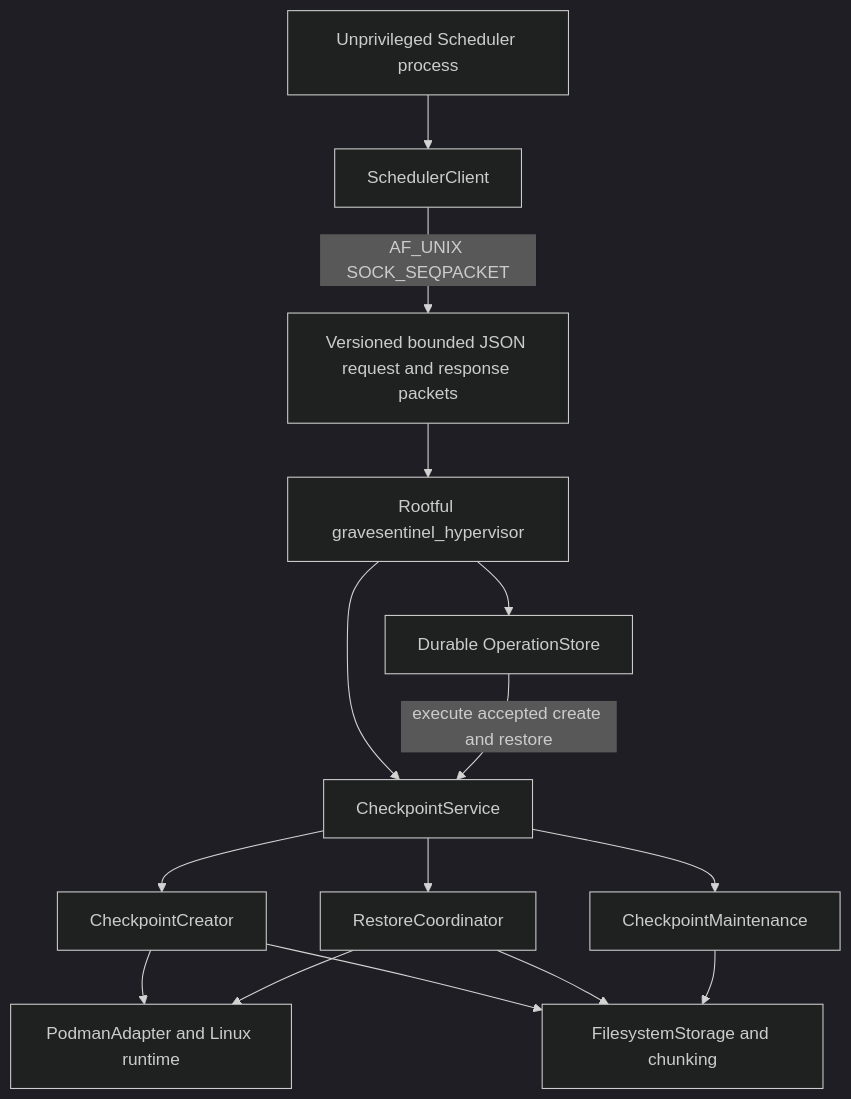
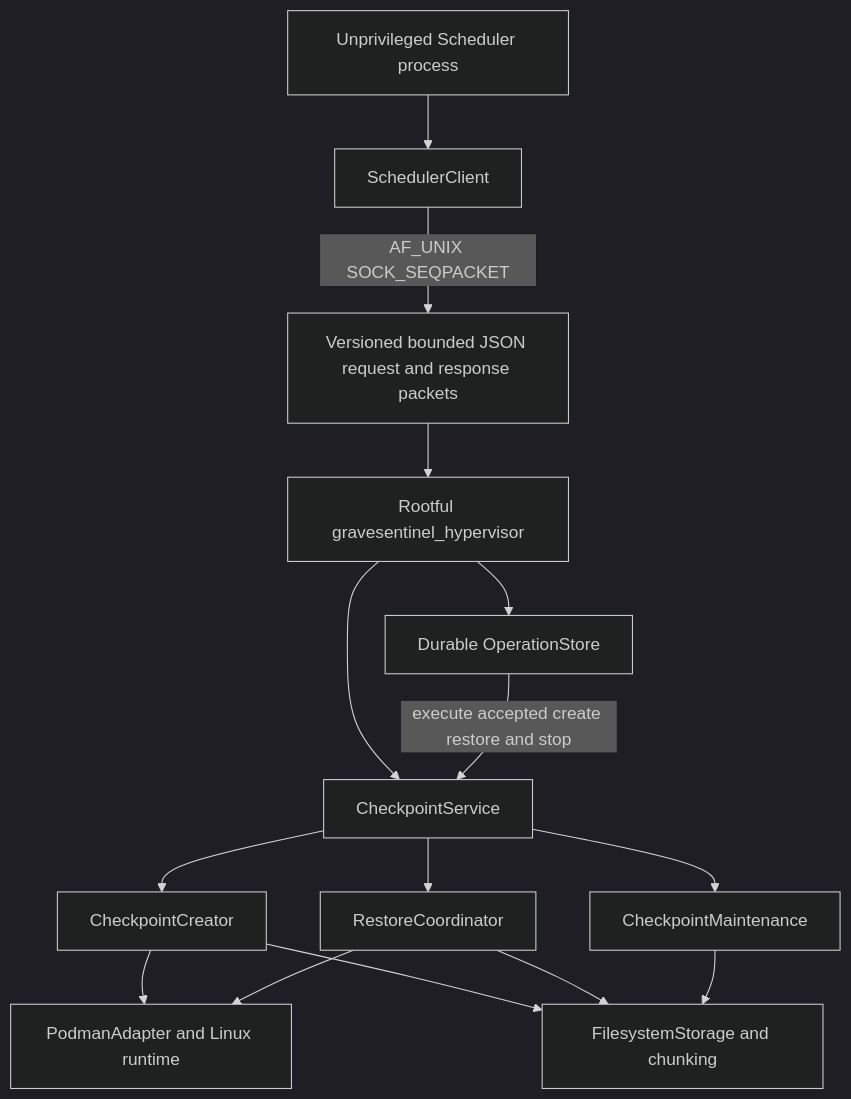
Before and after one commit to crystarm/gravesentinel: the first of 4 diagrams in docs/architecture.md, drawn with Mermaid (dark theme). The commit also changed other lines of this file and 30 other files, not shown here.

````diff
--- a/docs/architecture.md
+++ b/docs/architecture.md
@@ -56,29 +56,29 @@
 ```mermaid
 flowchart TB
     Scheduler[Unprivileged Scheduler process]
     Client[SchedulerClient]
     Socket[Versioned bounded JSON request and response packets]
     Hypervisor[Rootful gravesentinel_hypervisor]
     Journal[Durable OperationStore]
     Service[CheckpointService]
     Create[CheckpointCreator]
     Restore[RestoreCoordinator]
     Maintenance[CheckpointMaintenance]
     Runtime[PodmanAdapter and Linux runtime]
     Storage[FilesystemStorage and chunking]
 
     Scheduler --> Client
     Client -->|AF_UNIX SOCK_SEQPACKET| Socket
     Socket --> Hypervisor
     Hypervisor --> Journal
     Hypervisor --> Service
-    Journal -->|execute accepted create and restore| Service
+    Journal -->|execute accepted create restore and stop| Service
     Service --> Create
     Service --> Restore
     Service --> Maintenance
     Create --> Runtime
     Create --> Storage
     Restore --> Runtime
     Restore --> Storage
     Maintenance --> Storage
 ```
````
